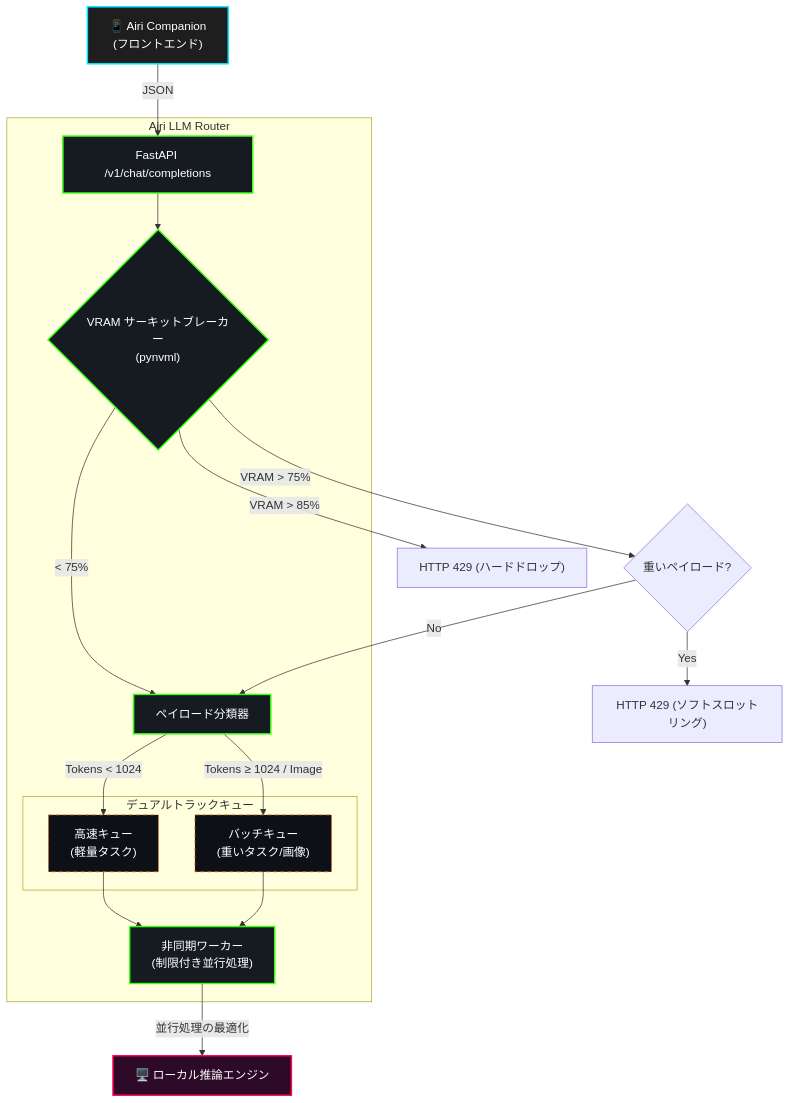
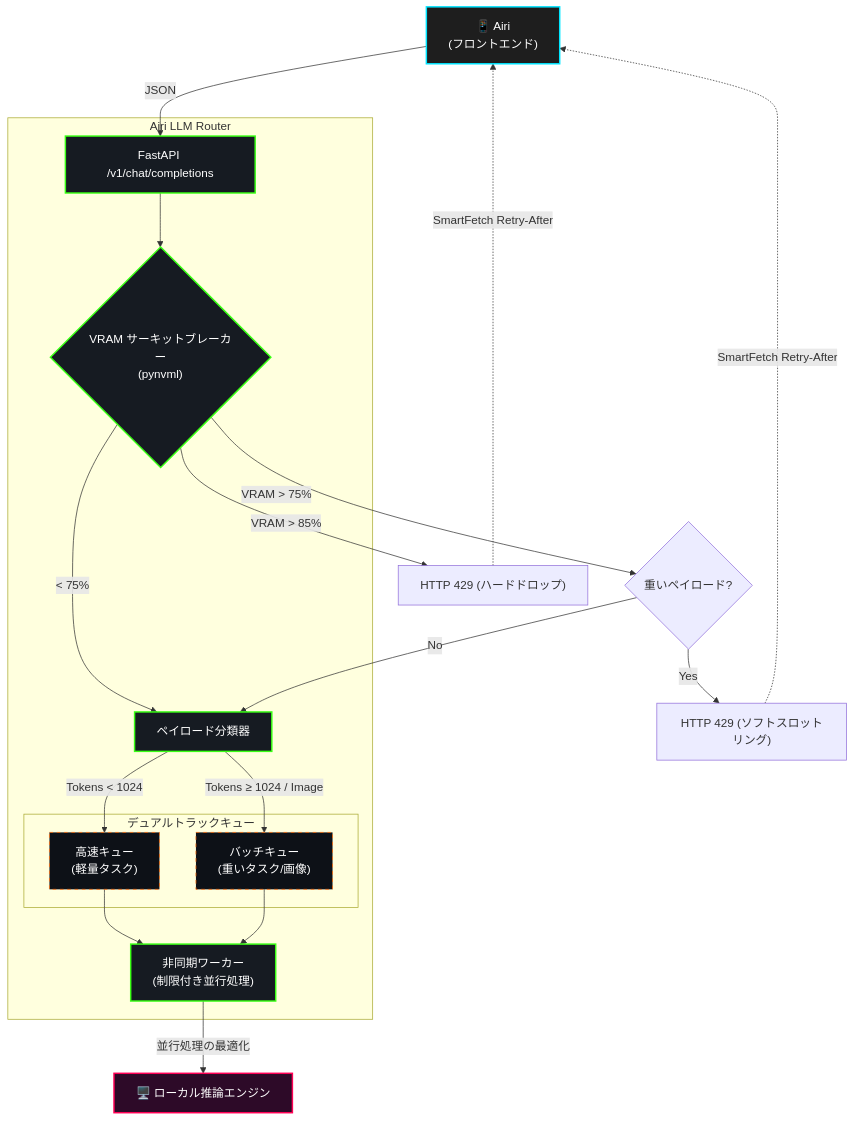
Before and after one commit to esonhjz/airi-llm-router: the diagram in README_ja.md, drawn with Mermaid. The commit also changed other lines of this file and 6 other files, not shown here.

````diff
--- a/README_ja.md
+++ b/README_ja.md
@@ -13,40 +13,43 @@
 ```mermaid
 graph TD
     classDef client fill:#1e1e1e,stroke:#00e5ff,stroke-width:2px,color:#fff;
     classDef gateway fill:#161b22,stroke:#39ff14,stroke-width:2px,color:#fff;
     classDef engine fill:#2d0a28,stroke:#ff0055,stroke-width:2px,color:#fff;
     classDef queue fill:#0d1117,stroke:#ff6600,stroke-width:1px,stroke-dasharray: 5 5,color:#fff;
 
-    Client["📱 Airi Companion<br>(フロントエンド)"]:::client
+    Client["📱 Airi<br>(フロントエンド)"]:::client
     
     subgraph "Airi LLM Router"
         API["FastAPI /v1/chat/completions"]:::gateway
         Monitor{"VRAM サーキットブレーカー<br>(pynvml)"}:::gateway
         Classifier["ペイロード分類器"]:::gateway
         
         subgraph "デュアルトラックキュー"
             Q_Fast["高速キュー<br>(軽量タスク)"]:::queue
             Q_Batch["バッチキュー<br>(重いタスク/画像)"]:::queue
         end
         
         Workers["非同期ワーカー<br>(制限付き並行処理)"]:::gateway
     end
 
     GPU["🖥️ ローカル推論エンジン"]:::engine
 
     Client -->|JSON| API
     API --> Monitor
     Monitor -- "VRAM > 85%" --> Drop["HTTP 429 (ハードドロップ)"]
     Monitor -- "VRAM > 75%" --> Throttle{"重いペイロード? "}
     Throttle -- "Yes" --> Drop2["HTTP 429 (ソフトスロットリング)"]
     
+    Drop -. "SmartFetch Retry-After" .-> Client
+    Drop2 -. "SmartFetch Retry-After" .-> Client
+    
     Monitor -- "< 75%" --> Classifier
     Throttle -- "No" --> Classifier
     
     Classifier -- "Tokens < 1024" --> Q_Fast
     Classifier -- "Tokens ≥ 1024 / Image" --> Q_Batch
     
     Q_Fast --> Workers
     Q_Batch --> Workers
     Workers -->|並行処理の最適化| GPU
 ```
````
